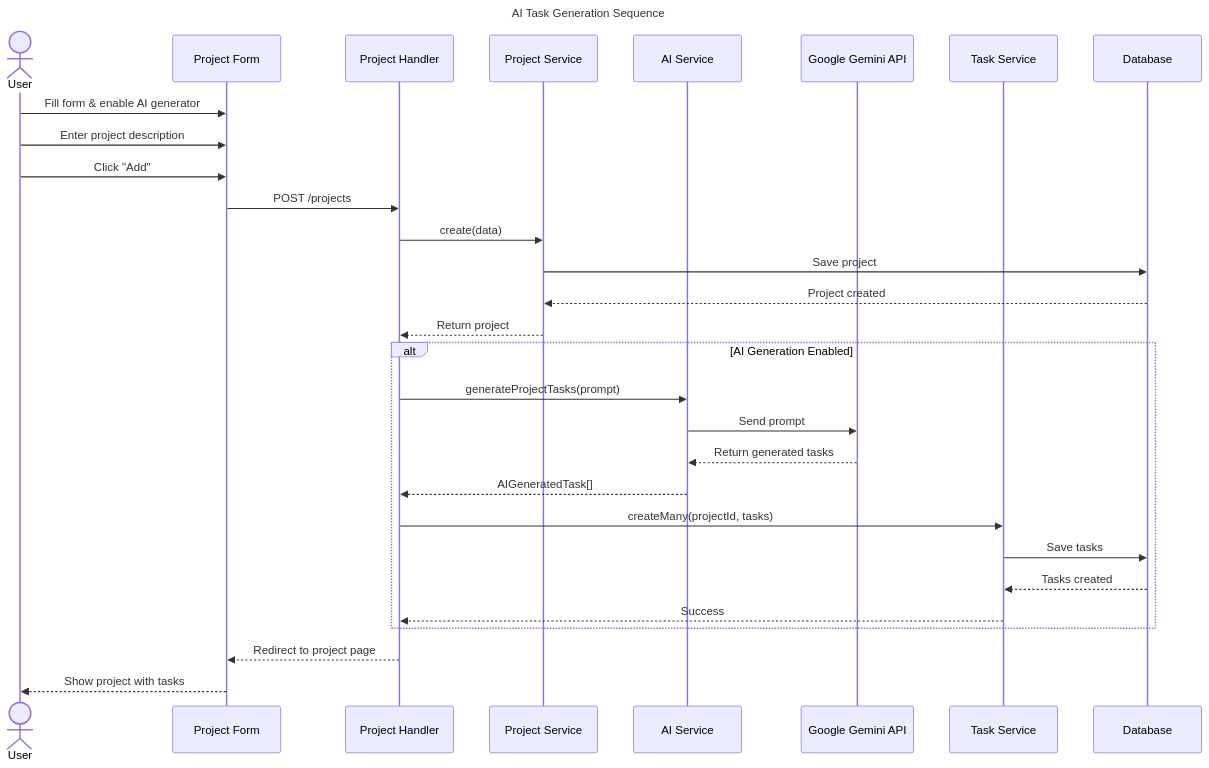
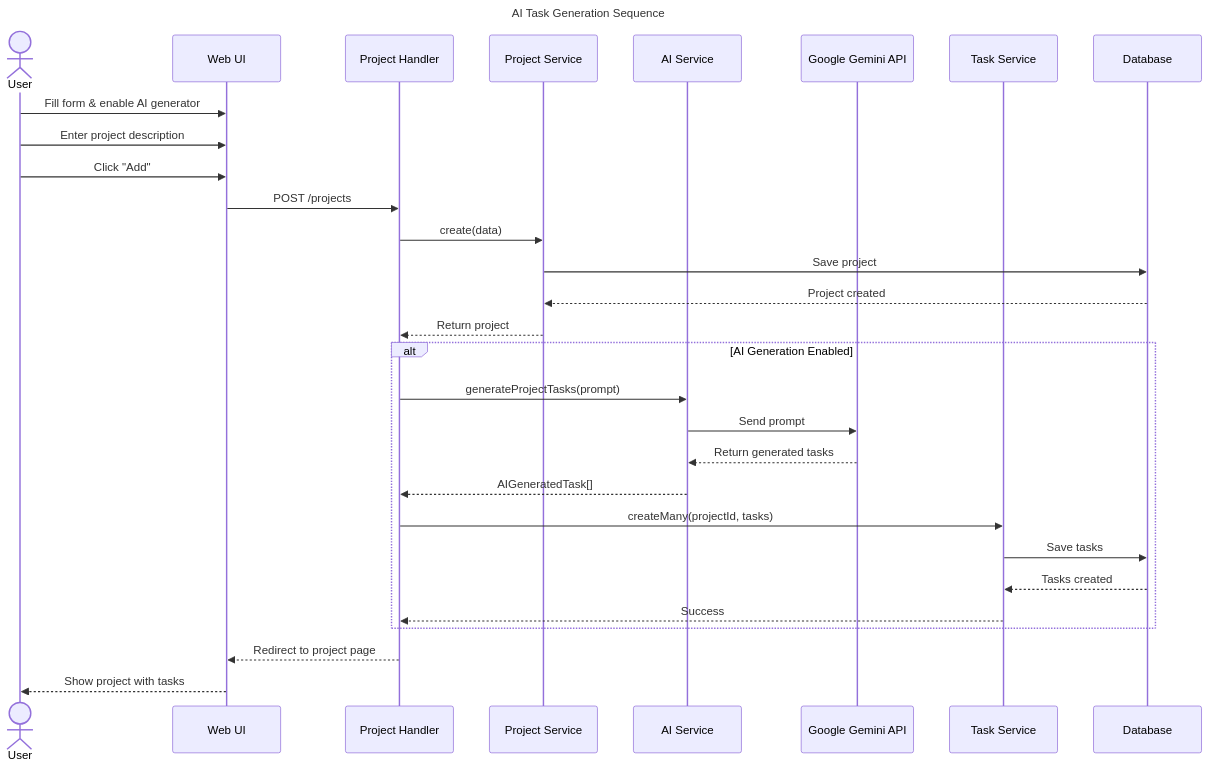
Before and after one commit to esarkarov/tasky-ai: the diagram in documents/main-sequence-diagram.md, drawn with Mermaid. The commit also changed 6 other files, not shown here.

````diff
--- a/documents/main-sequence-diagram.md
+++ b/documents/main-sequence-diagram.md
@@ -3,37 +3,37 @@
 ```mermaid
 sequenceDiagram
     title AI Task Generation Sequence
     actor User
-    participant UI as Project Form
+    participant UI as Web UI
     participant API as Project Handler
     participant ProjectSvc as Project Service
     participant AISvc as AI Service
     participant Gemini as Google Gemini API
     participant TaskSvc as Task Service
     participant DB as Database
 
     User->>UI: Fill form & enable AI generator
     User->>UI: Enter project description
     User->>UI: Click "Add"
 
     UI->>API: POST /projects
     API->>ProjectSvc: create(data)
     ProjectSvc->>DB: Save project
     DB-->>ProjectSvc: Project created
     ProjectSvc-->>API: Return project
 
     alt AI Generation Enabled
         API->>AISvc: generateProjectTasks(prompt)
         AISvc->>Gemini: Send prompt
         Gemini-->>AISvc: Return generated tasks
         AISvc-->>API: AIGeneratedTask[]
 
         API->>TaskSvc: createMany(projectId, tasks)
         TaskSvc->>DB: Save tasks
         DB-->>TaskSvc: Tasks created
         TaskSvc-->>API: Success
     end
 
     API-->>UI: Redirect to project page
     UI-->>User: Show project with tasks
 ```
````
